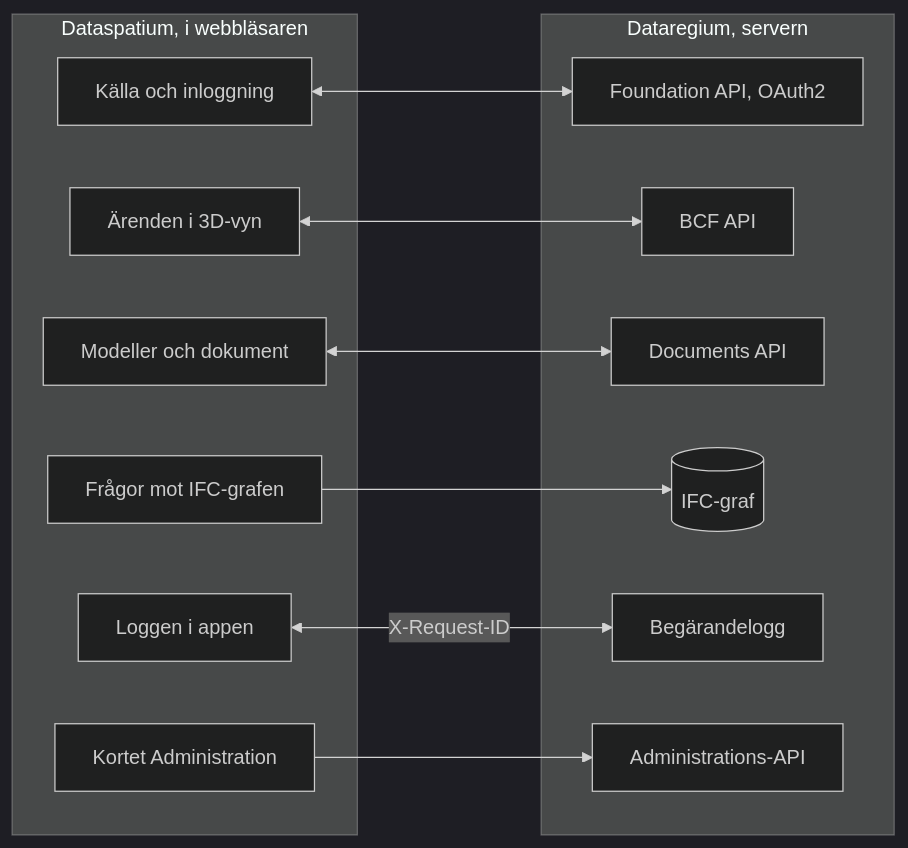
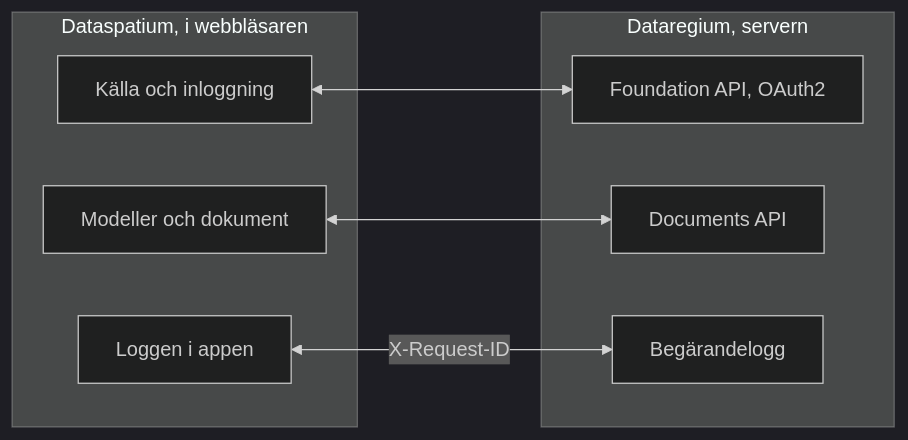
The diagram in README.md (marwiss/Kontroll), drawn with Mermaid (dark theme) before and after one commit. The commit also changed other lines of this file and 6 other files, not shown here.

````diff
--- a/README.md
+++ b/README.md
@@ -335,25 +321,16 @@
 ```mermaid
 flowchart LR
     subgraph app ["Dataspatium, i webbläsaren"]
         source["Källa och inloggning"]
-        issues["Ärenden i 3D-vyn"]
         files["Modeller och dokument"]
-        queries["Frågor mot IFC-grafen"]
         log["Loggen i appen"]
-        admin["Kortet Administration"]
     end
     subgraph server ["Dataregium, servern"]
         foundation["Foundation API, OAuth2"]
-        bcf["BCF API"]
         documents["Documents API"]
-        ifcgraph[("IFC-graf")]
         requests["Begärandelogg"]
-        adminapi["Administrations-API"]
     end
     source <--> foundation
-    issues <--> bcf
     files <--> documents
-    queries --> ifcgraph
     log <-- "X-Request-ID" --> requests
-    admin --> adminapi
 ```
````
